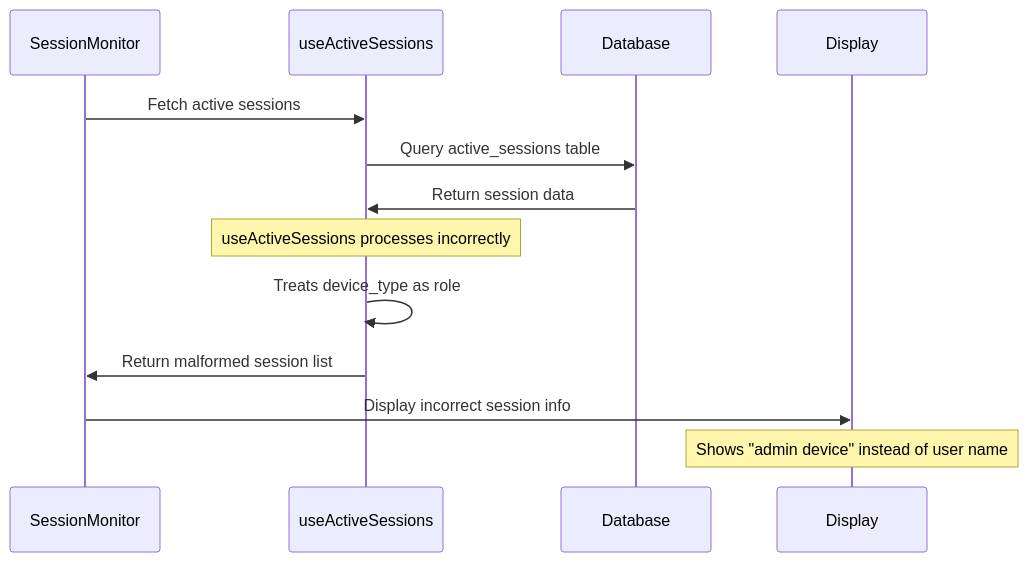
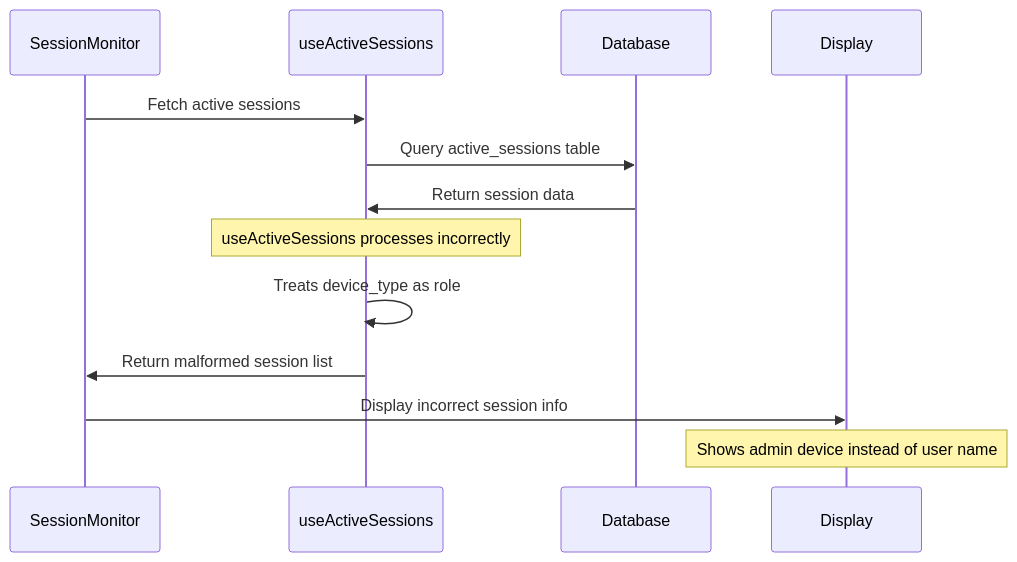
The fifth of 7 diagrams in Docs/Flowcharts/Current-State/04-current-session-management.md (Splurfa/bx-os), drawn with Mermaid before and after one commit. The commit also changed other lines of this file and 9 other files, not shown here.

First line of the commit message:
Fix Mermaid syntax errors

````diff
--- a/Docs/Flowcharts/Current-State/04-current-session-management.md
+++ b/Docs/Flowcharts/Current-State/04-current-session-management.md
@@ -105,16 +105,16 @@
 ```mermaid
 sequenceDiagram
     participant SM as SessionMonitor
     participant AS as useActiveSessions
     participant DB as Database
     participant UI as Display
 
     SM->>AS: Fetch active sessions
     AS->>DB: Query active_sessions table
     DB->>AS: Return session data
     Note over AS: useActiveSessions processes incorrectly
     AS->>AS: Treats device_type as role
     AS->>SM: Return malformed session list
     SM->>UI: Display incorrect session info
-    Note over UI: Shows "admin device" instead of user name
+    Note over UI: Shows admin device instead of user name
 ```
````
